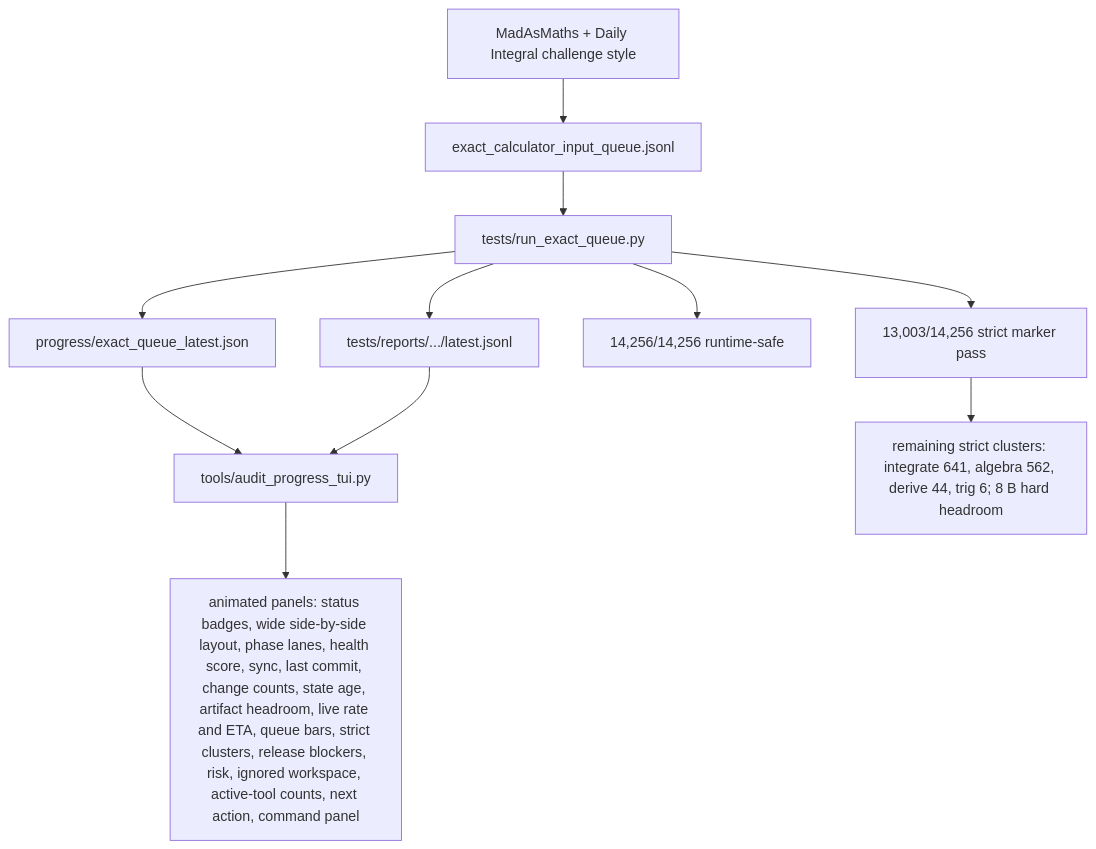
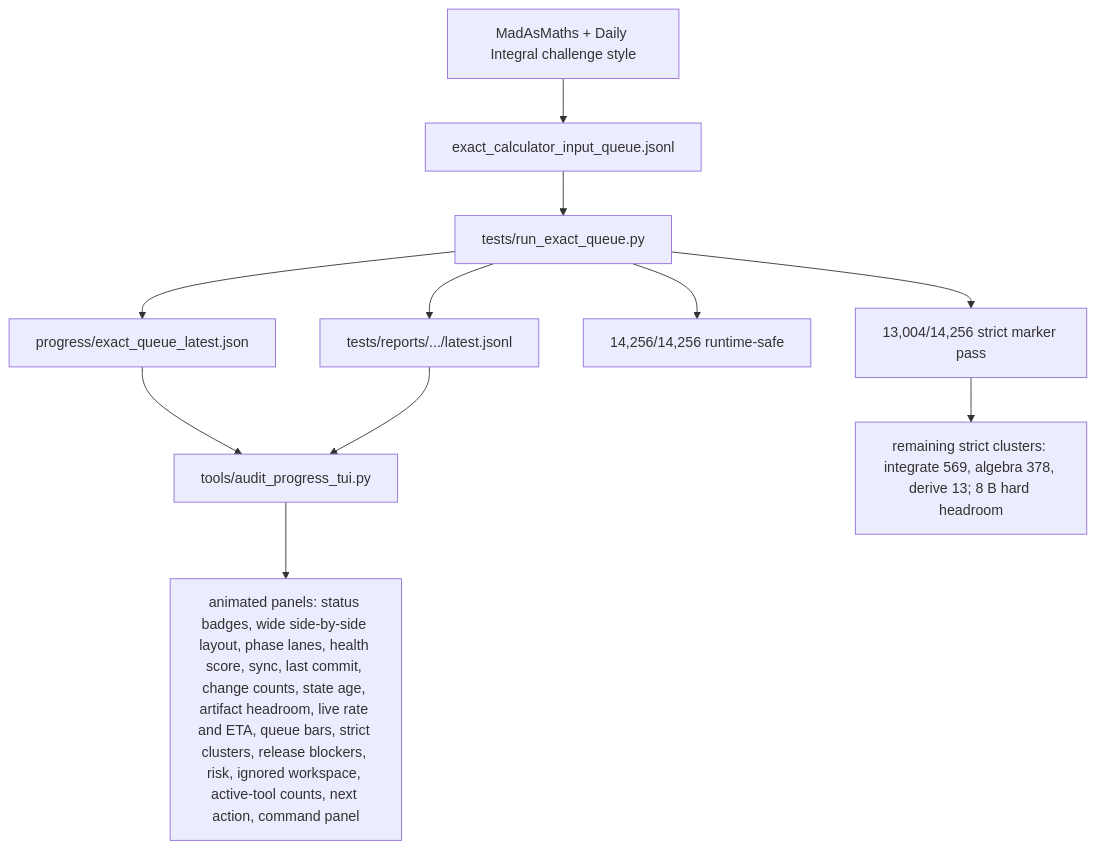
One commit to james8464/notes-addin-casio-fx-cg50 changed the fifth of 6 diagrams in docs/GRAPH.md. Above: the diagram before and after it, drawn with Mermaid. The commit also changed other lines of this file and 3 other files, not shown here.

````diff
--- a/docs/GRAPH.md
+++ b/docs/GRAPH.md
@@ -60,13 +60,13 @@
 ```mermaid
 graph TD
   Online["MadAsMaths + Daily Integral challenge style"] --> Queue["exact_calculator_input_queue.jsonl"]
   Queue --> Runner["tests/run_exact_queue.py"]
   Runner --> Live["progress/exact_queue_latest.json"]
   Runner --> Report["tests/reports/.../latest.jsonl"]
   Live --> TUI["tools/audit_progress_tui.py"]
   Report --> TUI
   TUI --> Panels["animated panels: status badges, wide side-by-side layout, phase lanes, health score, sync, last commit, change counts, state age, artifact headroom, live rate and ETA, queue bars, strict clusters, release blockers, risk, ignored workspace, active-tool counts, next action, command panel"]
   Runner --> Runtime["14,256/14,256 runtime-safe"]
-  Runner --> Strict["13,003/14,256 strict marker pass"]
-  Strict --> Remaining["remaining strict clusters: integrate 641, algebra 562, derive 44, trig 6; 8 B hard headroom"]
+  Runner --> Strict["13,004/14,256 strict marker pass"]
+  Strict --> Remaining["remaining strict clusters: integrate 569, algebra 378, derive 13; 8 B hard headroom"]
 ```
````
